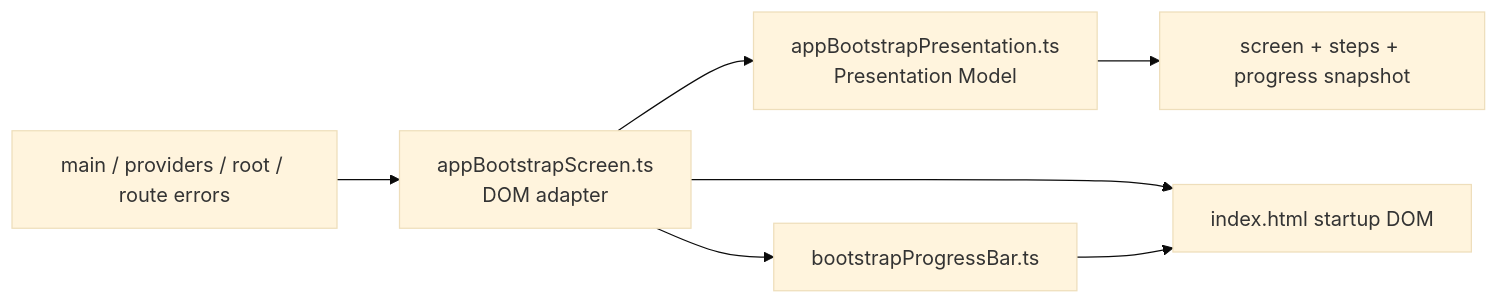
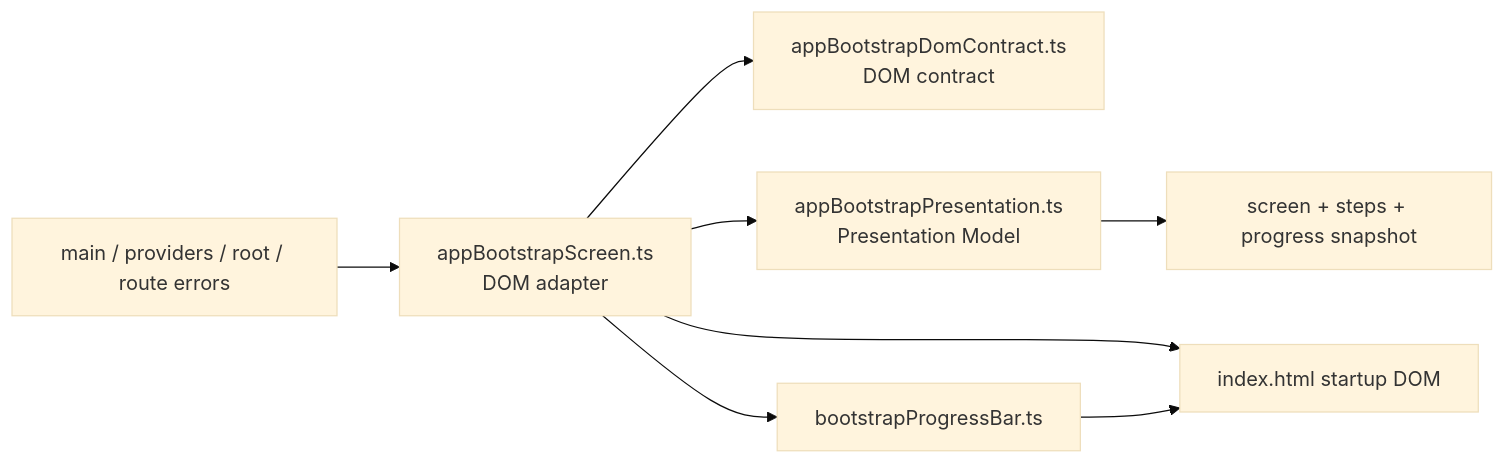
One commit to dunay2/dvt changed the second of 3 diagrams in docs/architecture/components/web/app-bootstrap-screen-component.md. Above: the diagram before and after it, drawn with Mermaid (base theme). The commit also changed other lines of this file and 5 other files, not shown here.

Commit message:
refactor(web): Centralize bootstrap DOM contract

````diff
--- a/docs/architecture/components/web/app-bootstrap-screen-component.md
+++ b/docs/architecture/components/web/app-bootstrap-screen-component.md
@@ -96,9 +98,10 @@
 ```mermaid
 flowchart LR
   Publishers["main / providers / root / route errors"] --> Screen["appBootstrapScreen.ts\nDOM adapter"]
+  Screen --> DomContract["appBootstrapDomContract.ts\nDOM contract"]
   Screen --> Presentation["appBootstrapPresentation.ts\nPresentation Model"]
   Presentation --> Snapshot["screen + steps + progress snapshot"]
   Screen --> Dom["index.html startup DOM"]
   Screen --> Progress["bootstrapProgressBar.ts"]
   Progress --> Dom
 ```
````
